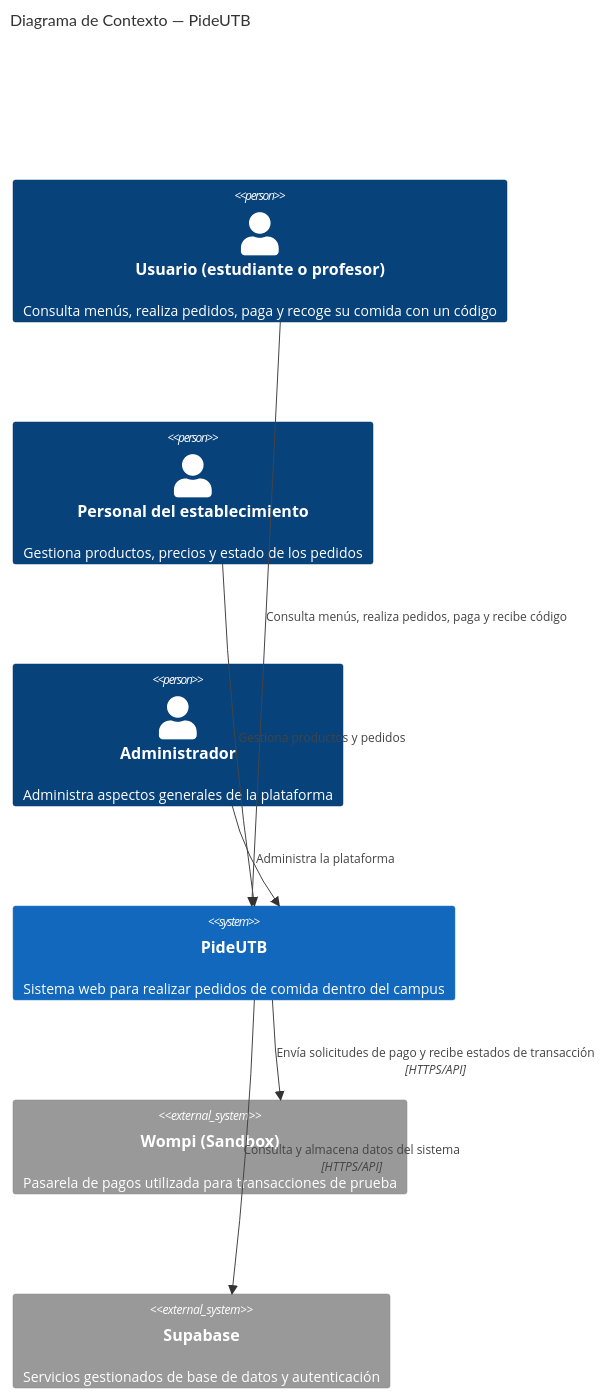
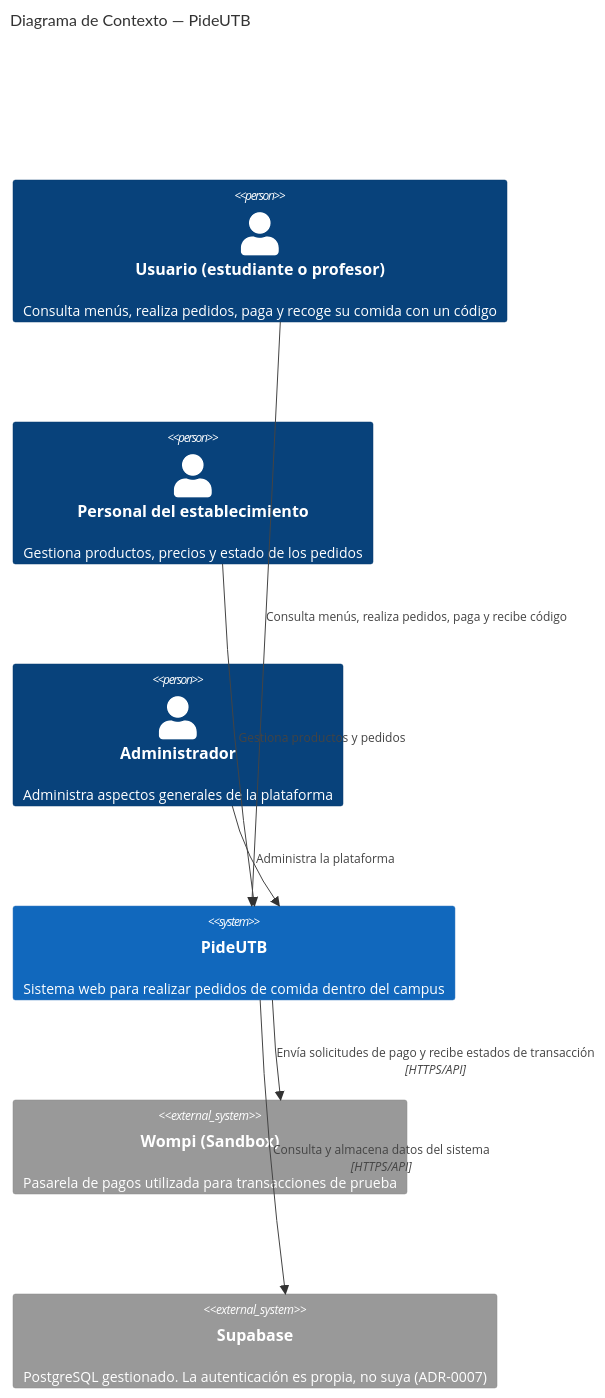
One commit to ISCOUTB/AS_202620_PideUtb changed the diagram in docs/c4/nivel1-contexto.md. Above: the diagram before and after it, drawn with Mermaid. The commit also changed 9 other files, not shown here.

````diff
--- a/docs/c4/nivel1-contexto.md
+++ b/docs/c4/nivel1-contexto.md
@@ -7,19 +7,19 @@
 ``` mermaid
 C4Context
     title Diagrama de Contexto — PideUTB
 
     Person(usuario, "Usuario (estudiante o profesor)", "Consulta menús, realiza pedidos, paga y recoge su comida con un código")
     Person(establecimiento, "Personal del establecimiento", "Gestiona productos, precios y estado de los pedidos")
     Person(admin, "Administrador", "Administra aspectos generales de la plataforma")
 
     System(pideutb, "PideUTB", "Sistema web para realizar pedidos de comida dentro del campus")
 
     System_Ext(wompi, "Wompi (Sandbox)", "Pasarela de pagos utilizada para transacciones de prueba")
-    System_Ext(supabase, "Supabase", "Servicios gestionados de base de datos y autenticación")
+    System_Ext(supabase, "Supabase", "PostgreSQL gestionado. La autenticación es propia, no suya (ADR-0007)")
 
     Rel(usuario, pideutb, "Consulta menús, realiza pedidos, paga y recibe código")
     Rel(establecimiento, pideutb, "Gestiona productos y pedidos")
     Rel(admin, pideutb, "Administra la plataforma")
     Rel(pideutb, wompi, "Envía solicitudes de pago y recibe estados de transacción", "HTTPS/API")
     Rel(pideutb, supabase, "Consulta y almacena datos del sistema", "HTTPS/API")
 ```
````
